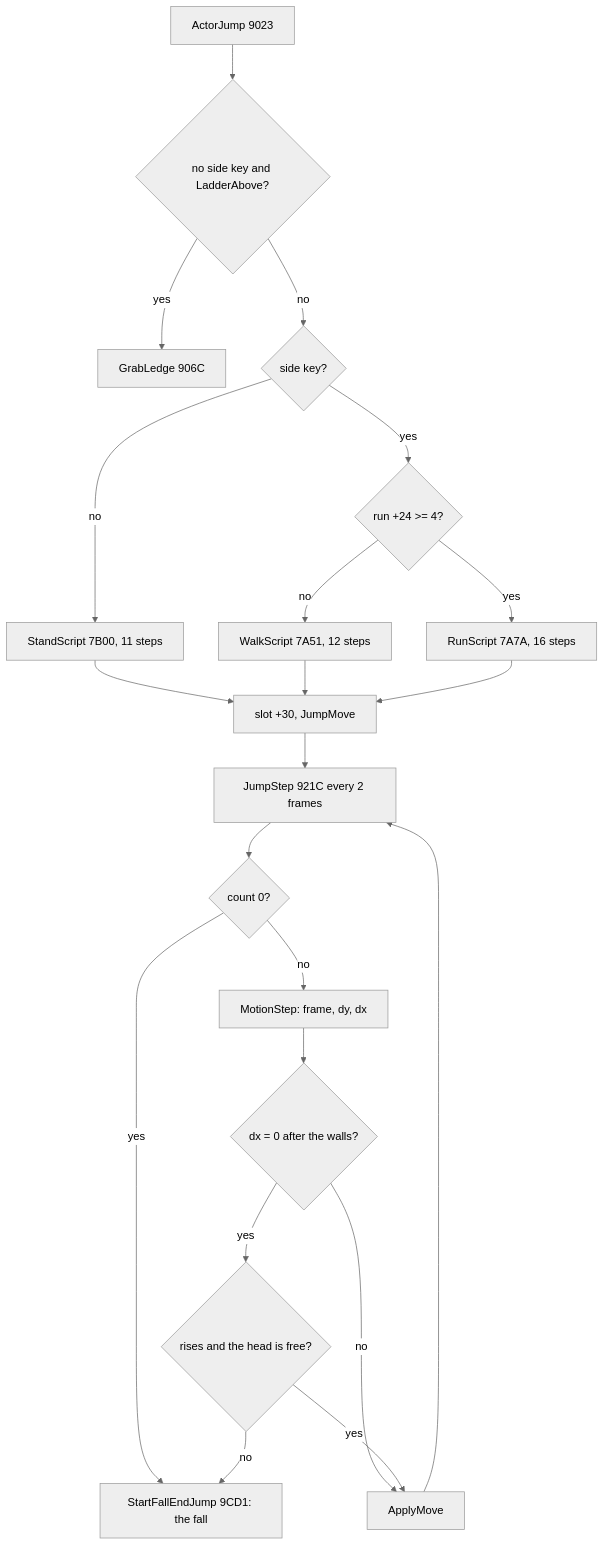
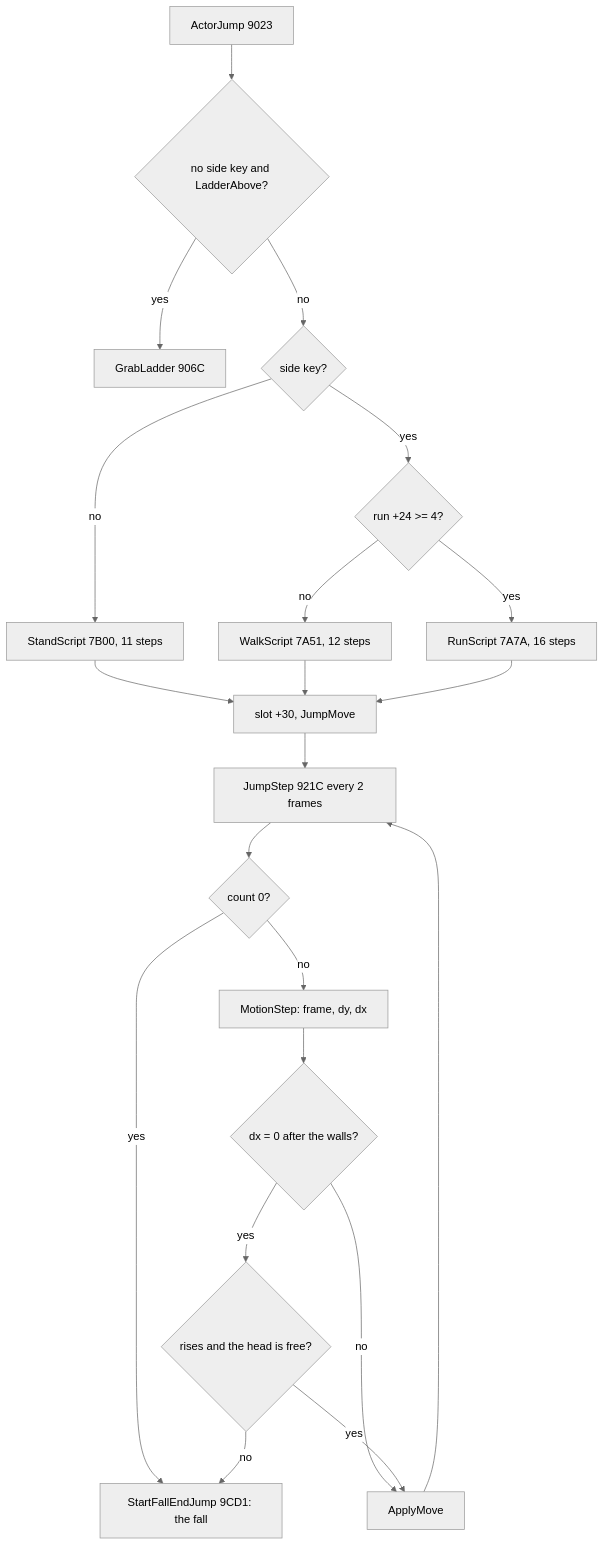
One commit to alfishe/unrealng-reverse-cases changed the third of 15 diagrams in games/switchblade/docs/10-gameplay-logic.md. Above: the diagram before and after it, drawn with Mermaid (neutral theme). The commit also changed other lines of this file and 95 other files, not shown here.

````diff
--- a/games/switchblade/docs/10-gameplay-logic.md
+++ b/games/switchblade/docs/10-gameplay-logic.md
@@ -368,23 +368,23 @@
 ```mermaid
 flowchart TD
     A["ActorJump 9023"] --> L{"no side key and LadderAbove?"}
-    L -->|"yes"| G["GrabLedge 906C"]
+    L -->|"yes"| G["GrabLadder 906C"]
     L -->|"no"| P{"side key?"}
     P -->|"no"| S1["StandScript 7B00, 11 steps"]
     P -->|"yes"| R{"run +24 >= 4?"}
     R -->|"no"| S2["WalkScript 7A51, 12 steps"]
     R -->|"yes"| S3["RunScript 7A7A, 16 steps"]
     S1 --> J["slot +30, JumpMove"]
     S2 --> J
     S3 --> J
     J --> ST["JumpStep 921C every 2 frames"]
     ST --> C{"count 0?"}
     C -->|"yes"| F["StartFallEndJump 9CD1: the fall"]
     C -->|"no"| M["MotionStep: frame, dy, dx"]
     M --> D{"dx = 0 after the walls?"}
     D -->|"no"| AP["ApplyMove"]
     D -->|"yes"| H{"rises and the head is free?"}
     H -->|"yes"| AP
     H -->|"no"| F
     AP --> ST
 ```
````
